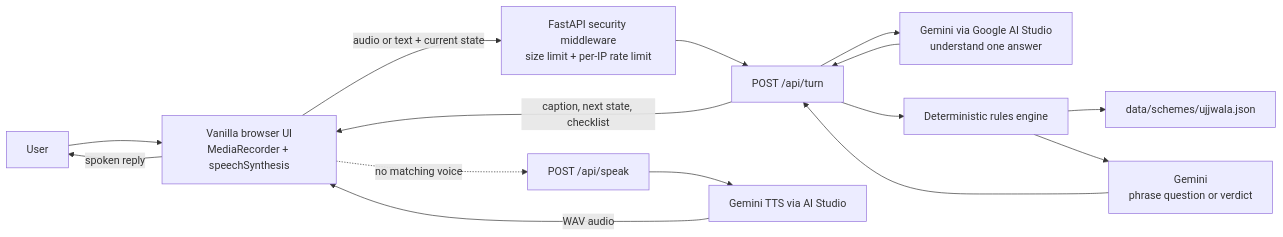
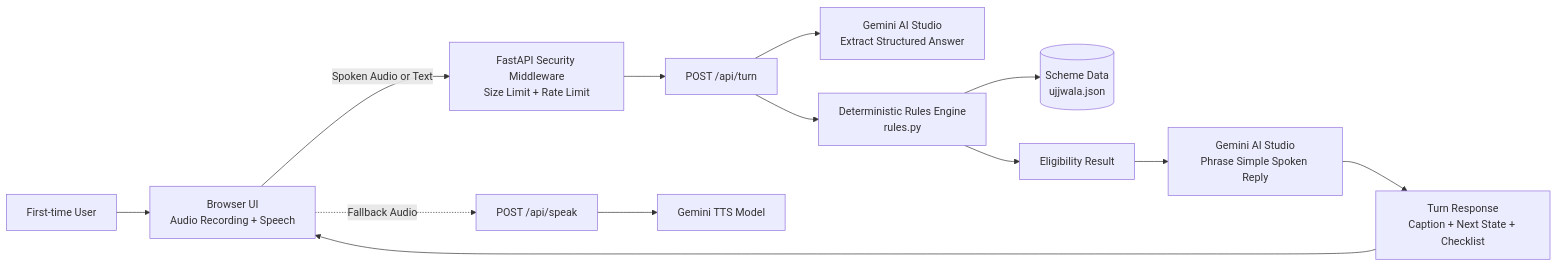
The diagram in README.md (Dinesh-5348/HerVoice), drawn with Mermaid before and after one commit. The commit also changed other lines of this file and 2 other files, not shown here.

````diff
--- a/README.md
+++ b/README.md
@@ -36,17 +54,15 @@
 ```mermaid
 flowchart LR
-	Person[User] --> Browser[Vanilla browser UI<br/>MediaRecorder + speechSynthesis]
-	Browser -->|audio or text + current state| Guard[FastAPI security middleware<br/>size limit + per-IP rate limit]
-	Guard --> Turn[POST /api/turn]
-	Turn --> Gemini[Gemini via Google AI Studio<br/>understand one answer]
-	Turn --> Rules[Deterministic rules engine]
-	Rules --> Scheme[data/schemes/ujjwala.json]
-	Rules --> GeminiReply[Gemini<br/>phrase question or verdict]
-	Gemini --> Turn
-	GeminiReply --> Turn
-	Turn -->|caption, next state, checklist| Browser
-	Browser -->|spoken reply| Person
-	Browser -. no matching voice .-> Speak[POST /api/speak]
-	Speak --> GeminiTTS[Gemini TTS via AI Studio]
-	GeminiTTS -->|WAV audio| Browser
+    User[First-time User] --> Browser[Browser UI<br/>Audio Recording + Speech]
+    Browser -->|Spoken Audio or Text| Guard[FastAPI Security Middleware<br/>Size Limit + Rate Limit]
+    Guard --> API[POST /api/turn]
+    API --> GeminiNLU[Gemini AI Studio<br/>Extract Structured Answer]
+    API --> RulesEngine[Deterministic Rules Engine<br/>rules.py]
+    RulesEngine --> SchemeJSON[(Scheme Data<br/>ujjwala.json)]
+    RulesEngine --> Verdict[Eligibility Result]
+    Verdict --> GeminiNLG[Gemini AI Studio<br/>Phrase Simple Spoken Reply]
+    GeminiNLG --> Response[Turn Response<br/>Caption + Next State + Checklist]
+    Response --> Browser
+    Browser -. Fallback Audio .-> TTSAPI[POST /api/speak]
+    TTSAPI --> GeminiTTS[Gemini TTS Model]
 ```
````
